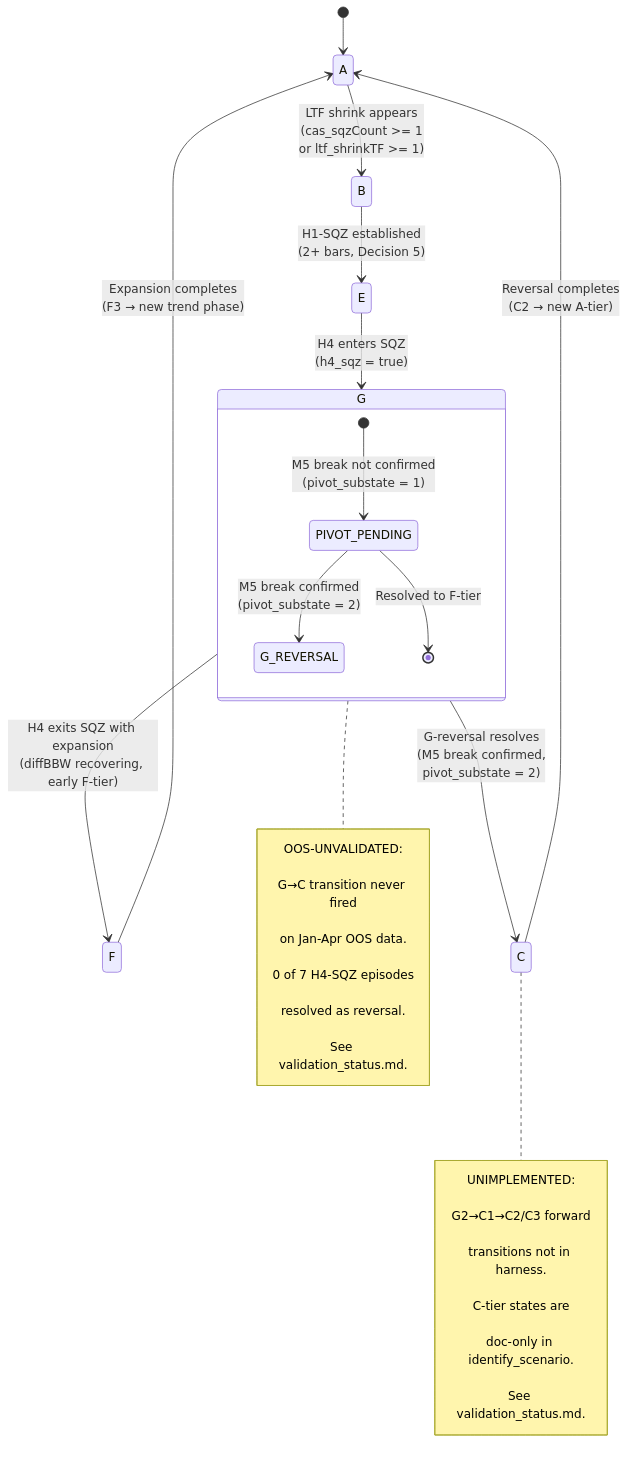
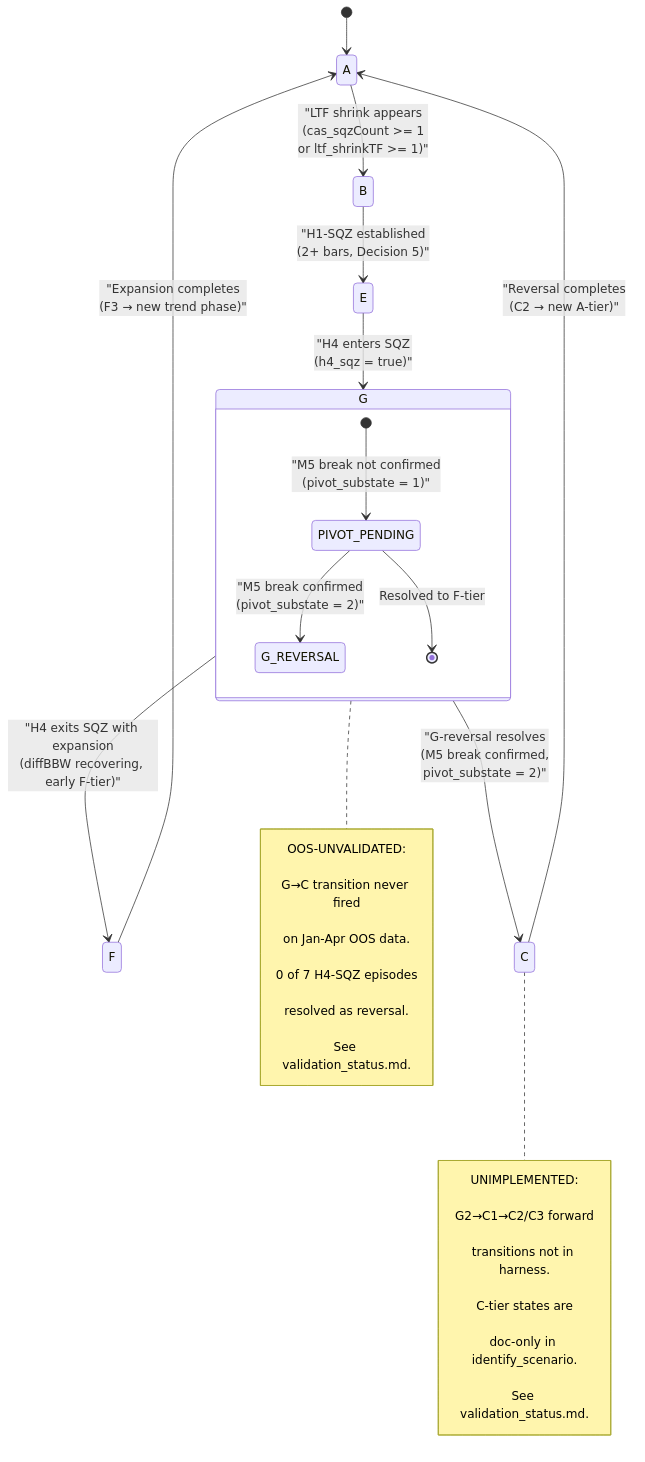
One commit to Terrypang89/BB_MTF_M15_STRATEGY changed the fourth of 10 diagrams in references/ARCHITECTURE.md. Above: the diagram before and after it, drawn with Mermaid. The commit also changed other lines of this file, not shown here.

Commit message:
Fix Mermaid parse errors — quote edge labels with () in all diagrams
Activity diagrams (3.2, 5.2) had unquoted () in edge labels.
State diagram (3.3) had unquoted () in all transition labels.
Syntax-only fix — no content changes.

````diff
--- a/references/ARCHITECTURE.md
+++ b/references/ARCHITECTURE.md
@@ -196,38 +196,38 @@
 ```mermaid
 stateDiagram-v2
     [*] --> A
 
-    A --> B: LTF shrink appears<br/>(cas_sqzCount >= 1<br/>or ltf_shrinkTF >= 1)
-    B --> E: H1-SQZ established<br/>(2+ bars, Decision 5)
-    E --> G: H4 enters SQZ<br/>(h4_sqz = true)
+    A --> B: "LTF shrink appears<br/>(cas_sqzCount >= 1<br/>or ltf_shrinkTF >= 1)"
+    B --> E: "H1-SQZ established<br/>(2+ bars, Decision 5)"
+    E --> G: "H4 enters SQZ<br/>(h4_sqz = true)"
 
-    G --> F: H4 exits SQZ with expansion<br/>(diffBBW recovering, early F-tier)
-    G --> C: G-reversal resolves<br/>(M5 break confirmed,<br/>pivot_substate = 2)
+    G --> F: "H4 exits SQZ with expansion<br/>(diffBBW recovering, early F-tier)"
+    G --> C: "G-reversal resolves<br/>(M5 break confirmed,<br/>pivot_substate = 2)"
 
-    F --> A: Expansion completes<br/>(F3 → new trend phase)
-    C --> A: Reversal completes<br/>(C2 → new A-tier)
+    F --> A: "Expansion completes<br/>(F3 → new trend phase)"
+    C --> A: "Reversal completes<br/>(C2 → new A-tier)"
 
     note right of G
         OOS-UNVALIDATED:<br/>
         G→C transition never fired<br/>
         on Jan-Apr OOS data.<br/>
         0 of 7 H4-SQZ episodes<br/>
         resolved as reversal.<br/>
         See validation_status.md.
     end note
 
     note right of C
         UNIMPLEMENTED:<br/>
         G2→C1→C2/C3 forward<br/>
         transitions not in harness.<br/>
         C-tier states are<br/>
         doc-only in identify_scenario.<br/>
         See validation_status.md.
     end note
 
     state G {
-        [*] --> PIVOT_PENDING: M5 break not confirmed<br/>(pivot_substate = 1)
-        PIVOT_PENDING --> G_REVERSAL: M5 break confirmed<br/>(pivot_substate = 2)
+        [*] --> PIVOT_PENDING: "M5 break not confirmed<br/>(pivot_substate = 1)"
+        PIVOT_PENDING --> G_REVERSAL: "M5 break confirmed<br/>(pivot_substate = 2)"
         PIVOT_PENDING --> [*]: Resolved to F-tier
     }
 ```
````
